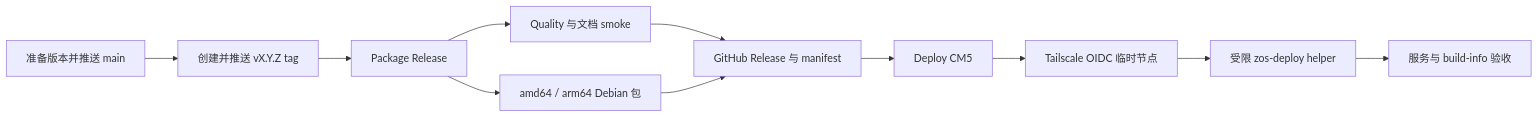
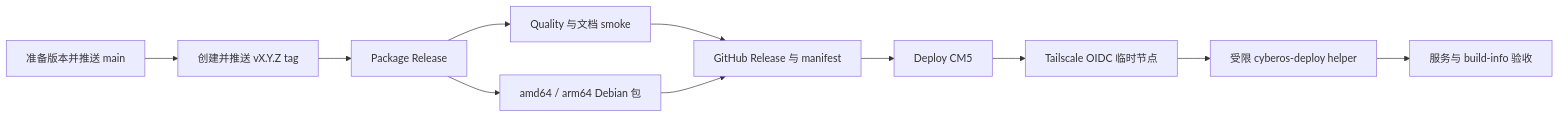
The diagram in docs/src/content/docs/operations/github-actions-release.md (zhubby/CyberOS), drawn with Mermaid before and after one commit. The commit also changed other lines of this file and 711 other files, not shown here.

````diff
--- a/docs/src/content/docs/operations/github-actions-release.md
+++ b/docs/src/content/docs/operations/github-actions-release.md
@@ -14,13 +14,13 @@
 ```mermaid
 flowchart LR
   A[准备版本并推送 main] --> B[创建并推送 vX.Y.Z tag]
   B --> C[Package Release]
   C --> D[Quality 与文档 smoke]
   C --> E[amd64 / arm64 Debian 包]
   D --> F[GitHub Release 与 manifest]
   E --> F
   F --> G[Deploy CM5]
   G --> H[Tailscale OIDC 临时节点]
-  H --> I[受限 zos-deploy helper]
+  H --> I[受限 cyberos-deploy helper]
   I --> J[服务与 build-info 验收]
 ```
````
